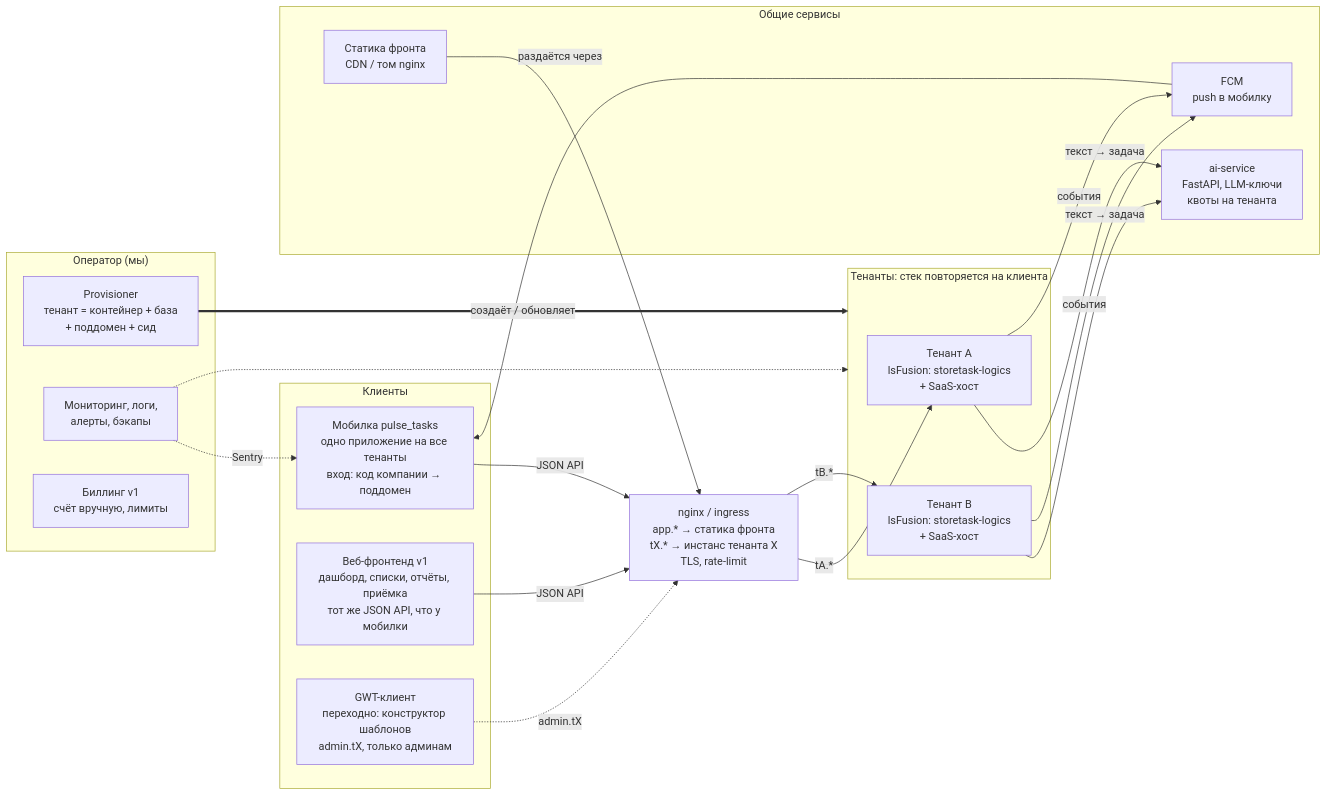
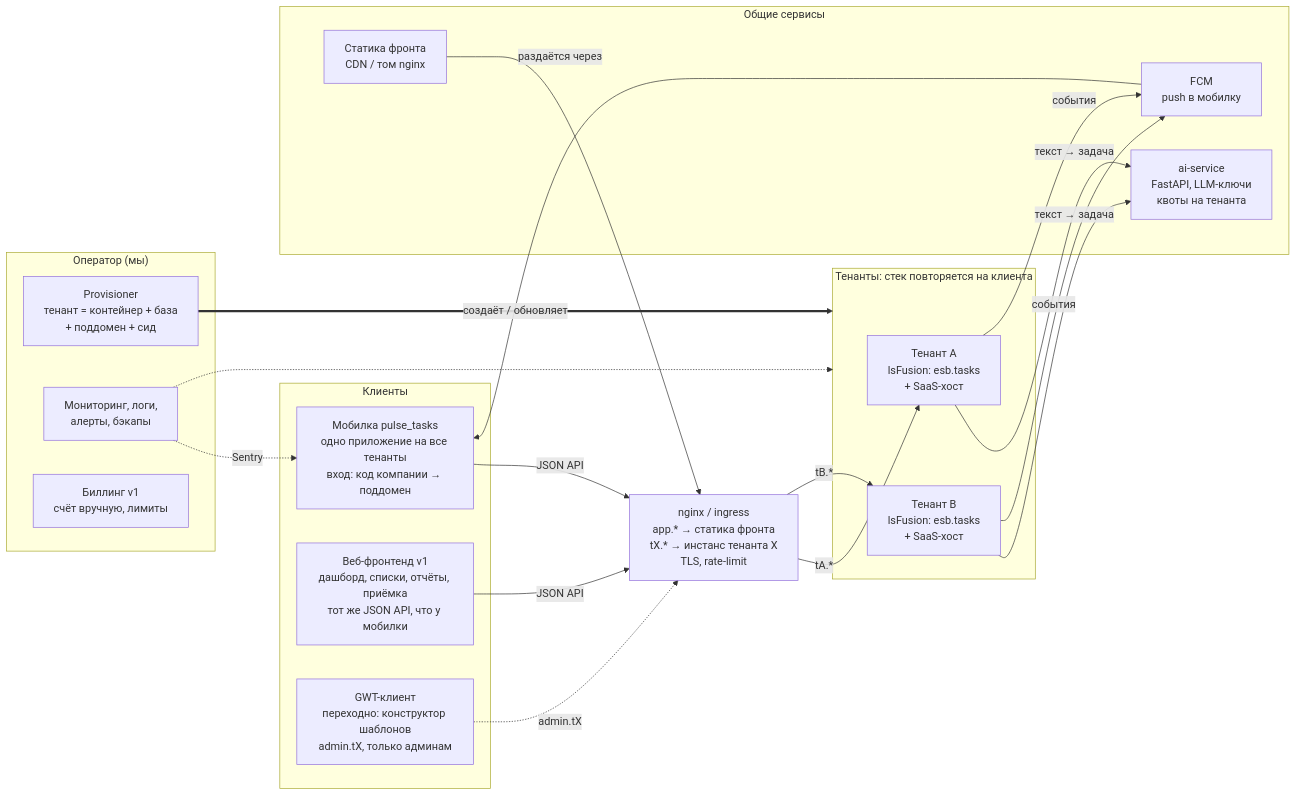
Before and after one commit to ahean92/retailtaskmanager: the first of 6 diagrams in docs/saas-architecture.md, drawn with Mermaid. The commit also changed other lines of this file and 11 other files, not shown here.

First line of the commit message:
[Артефакт] Переименование storetask-logics → esb.tasks: 1.0-SNAPSHOT на платформе 6.2

````diff
--- a/docs/saas-architecture.md
+++ b/docs/saas-architecture.md
@@ -26,42 +26,42 @@
 ```mermaid
 flowchart LR
     subgraph clients["Клиенты"]
         M["Мобилка pulse_tasks<br/>одно приложение на все тенанты<br/>вход: код компании → поддомен"]
         W["Веб-фронтенд v1<br/>дашборд, списки, отчёты, приёмка<br/>тот же JSON API, что у мобилки"]
         A["GWT-клиент<br/>переходно: конструктор шаблонов<br/>admin.tX, только админам"]
     end
 
     NG["nginx / ingress<br/>app.* → статика фронта<br/>tX.* → инстанс тенанта X<br/>TLS, rate-limit"]
 
     subgraph tenants["Тенанты: стек повторяется на клиента"]
-        T1["Тенант A<br/>lsFusion: storetask-logics<br/>+ SaaS-хост"]
-        T2["Тенант B<br/>lsFusion: storetask-logics<br/>+ SaaS-хост"]
+        T1["Тенант A<br/>lsFusion: esb.tasks<br/>+ SaaS-хост"]
+        T2["Тенант B<br/>lsFusion: esb.tasks<br/>+ SaaS-хост"]
     end
 
     subgraph shared["Общие сервисы"]
         STATIC["Статика фронта<br/>CDN / том nginx"]
         AI["ai-service<br/>FastAPI, LLM-ключи<br/>квоты на тенанта"]
         FCM["FCM<br/>push в мобилку"]
     end
 
     subgraph ops["Оператор (мы)"]
         PROV["Provisioner<br/>тенант = контейнер + база<br/>+ поддомен + сид"]
         MON["Мониторинг, логи,<br/>алерты, бэкапы"]
         BILL["Биллинг v1<br/>счёт вручную, лимиты"]
     end
 
     M -->|"JSON API"| NG
     W -->|"JSON API"| NG
     A -.->|"admin.tX"| NG
     STATIC -->|"раздаётся через"| NG
     NG -->|"tA.*"| T1
     NG -->|"tB.*"| T2
     T1 -->|"текст → задача"| AI
     T2 -->|"текст → задача"| AI
     T1 -->|"события"| FCM
     T2 -->|"события"| FCM
     FCM --> M
     PROV ==>|"создаёт / обновляет"| tenants
     MON -.-> tenants
     MON -.->|"Sentry"| M
 ```
````
